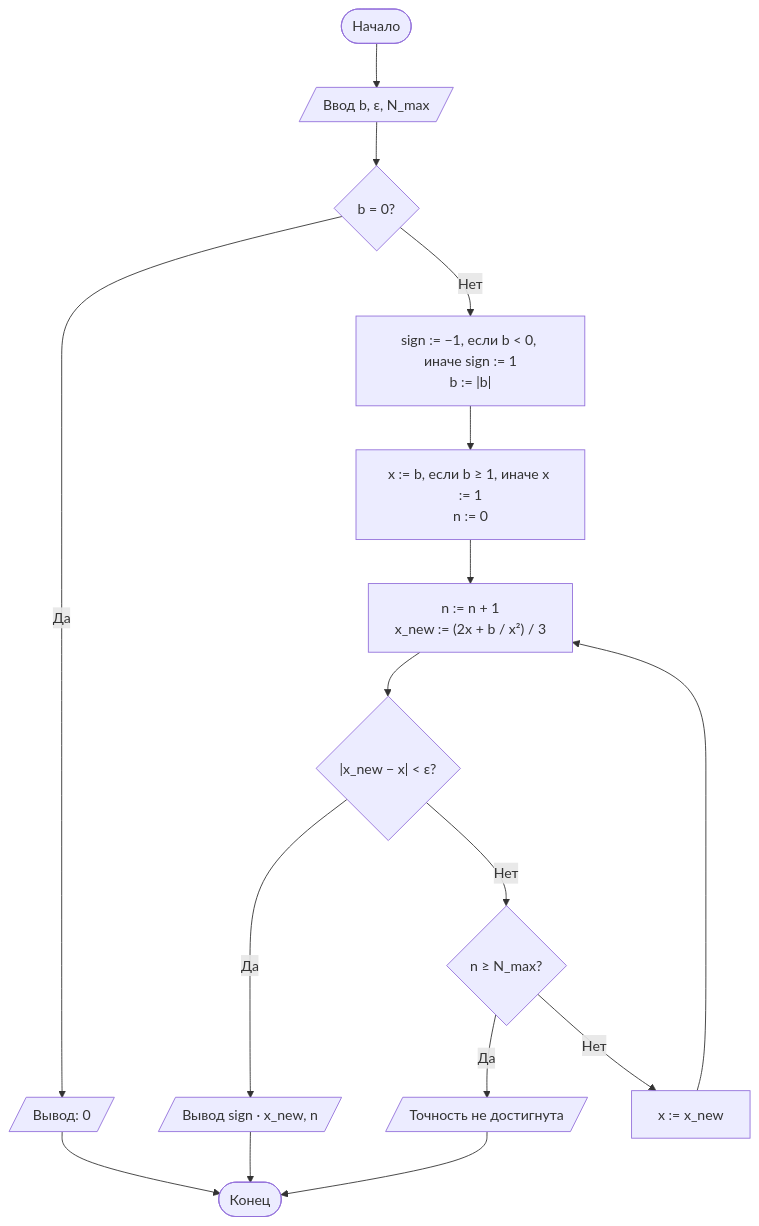
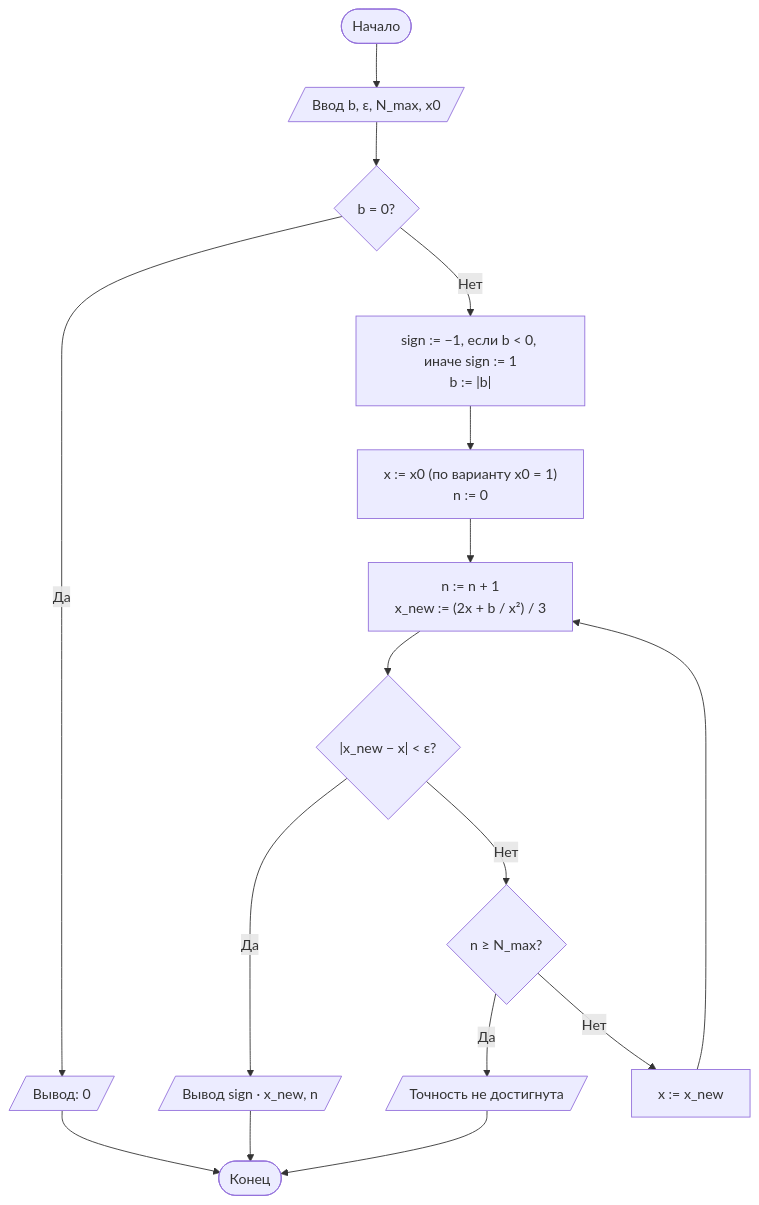
One commit to imrannasrullaev469-hue/theory-of-algorithms-labs changed the second of 4 diagrams in lab1/README.md. Above: the diagram before and after it, drawn with Mermaid. The commit also changed other lines of this file and 12 other files, not shown here.

````diff
--- a/lab1/README.md
+++ b/lab1/README.md
@@ -110,14 +114,14 @@
 ```mermaid
 flowchart TD
-    A([Начало]) --> B[/Ввод b, ε, N_max/]
+    A([Начало]) --> B[/Ввод b, ε, N_max, x0/]
     B --> C{"b = 0?"}
     C -- Да --> D[/Вывод: 0/] --> Z([Конец])
     C -- Нет --> E["sign := −1, если b < 0, иначе sign := 1<br/>b := |b|"]
-    E --> G["x := b, если b ≥ 1, иначе x := 1<br/>n := 0"]
+    E --> G["x := x0 (по варианту x0 = 1)<br/>n := 0"]
     G --> H["n := n + 1<br/>x_new := (2x + b / x²) / 3"]
     H --> I{"|x_new − x| < ε?"}
     I -- Да --> J[/Вывод sign · x_new, n/] --> Z
     I -- Нет --> K{"n ≥ N_max?"}
     K -- Да --> L[/Точность не достигнута/] --> Z
     K -- Нет --> M[x := x_new] --> H
 ```
````
